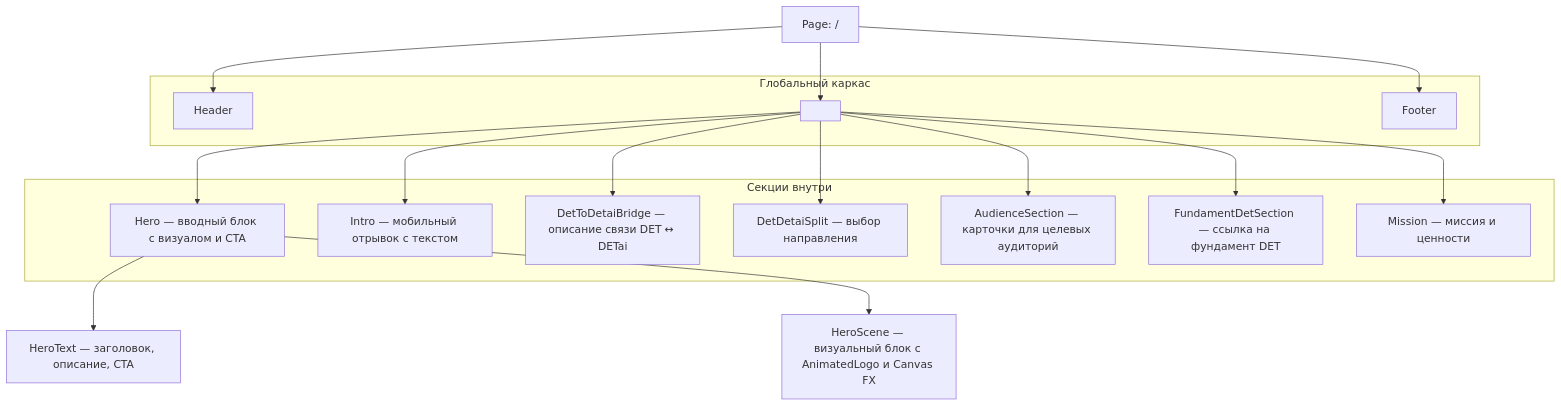
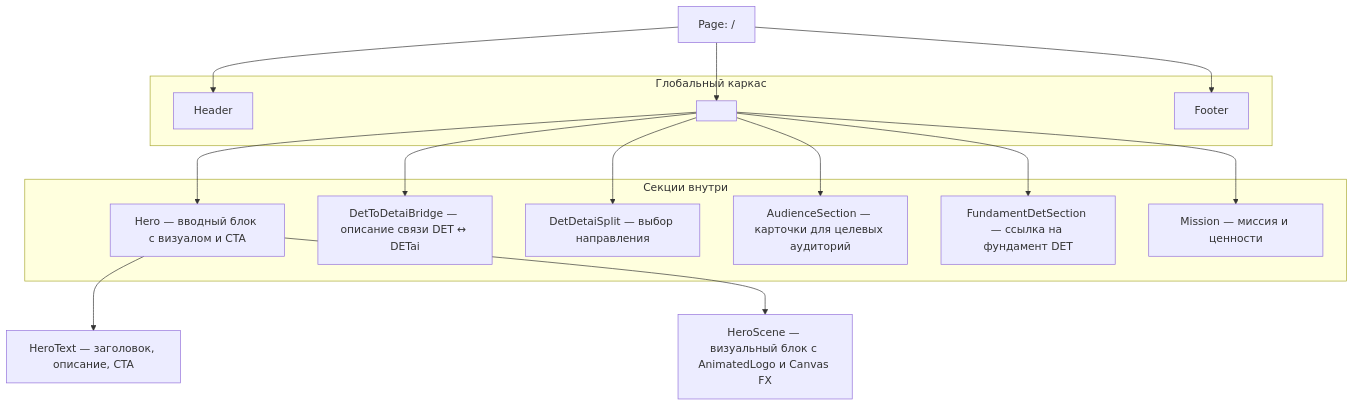
The diagram in components/README.md (DETai-org/detai-site), drawn with Mermaid before and after one commit. The commit also changed other lines of this file and 3 other files, not shown here.

````diff
--- a/components/README.md
+++ b/components/README.md
@@ -21,35 +21,33 @@
 ```mermaid
 flowchart TB
     Page["Page: /"]
 
     subgraph Layout[Глобальный каркас]
         Header[Header]
         Main[<main>]
         Footer[Footer]
     end
 
     Page --> Header
     Page --> Main
     Page --> Footer
 
     %% Главный поток страниц
     subgraph MainFlow[Секции внутри <main>]
         Hero[Hero — вводный блок с визуалом и CTA]
-        Intro[Intro — мобильный отрывок с текстом]
         Bridge[DetToDetaiBridge — описание связи DET ↔ DETai]
         Split[DetDetaiSplit — выбор направления]
         Audience[AudienceSection — карточки для целевых аудиторий]
         Fundament[FundamentDetSection — ссылка на фундамент DET]
         Mission[Mission — миссия и ценности]
     end
 
     Main --> Hero --> HeroText[HeroText — заголовок, описание, CTA]
     Hero --> HeroScene[HeroScene — визуальный блок с AnimatedLogo и Canvas FX]
 
-    Main --> Intro
     Main --> Bridge
     Main --> Split
     Main --> Audience
     Main --> Fundament
     Main --> Mission
 ```
````
